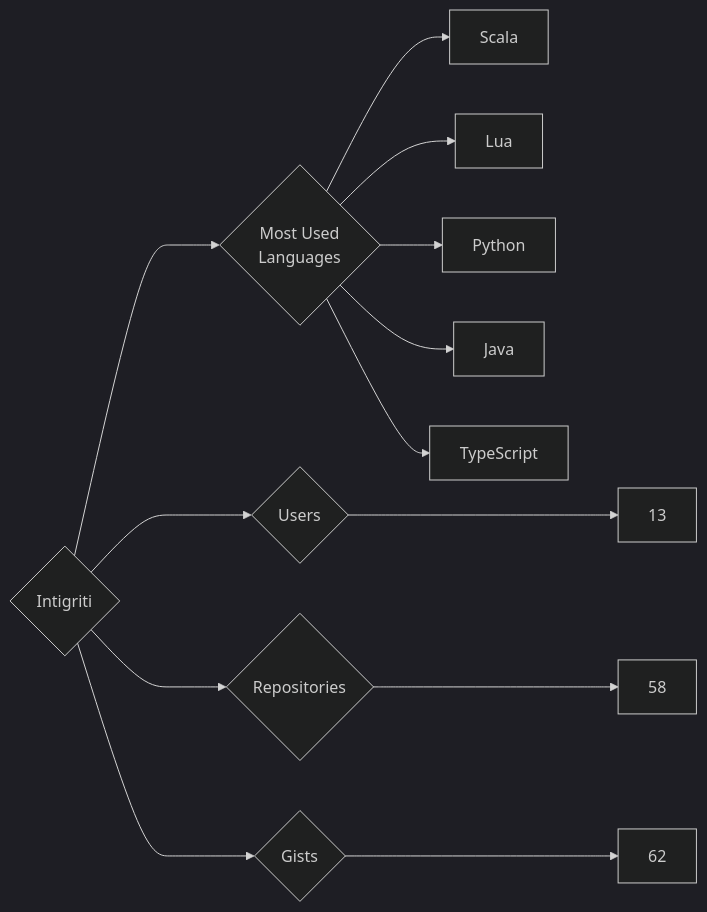
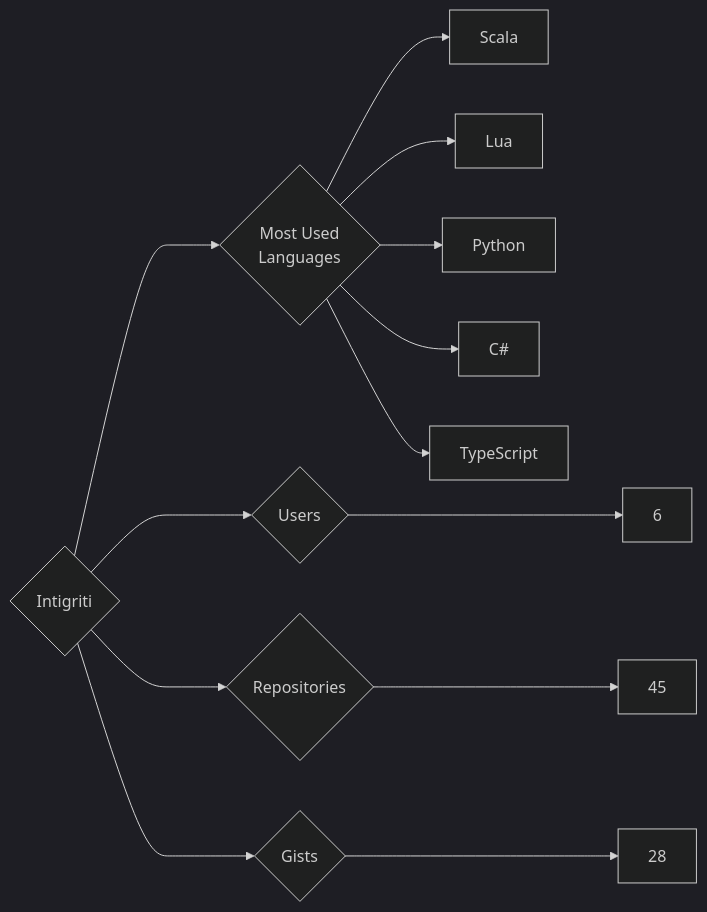
One commit to trickest/insiders changed the diagram in targets/Intigriti/README.md. Above: the diagram before and after it, drawn with Mermaid (dark theme). The commit also changed 1212 other files, not shown here.

````diff
--- a/targets/Intigriti/README.md
+++ b/targets/Intigriti/README.md
@@ -3,13 +3,13 @@
 ```mermaid
 graph LR
 COMPANY_NAME{Intigriti}
-COMPANY_NAME ---> U{Users} ---> UN[13]
-COMPANY_NAME ---> R{Repositories} ---> RN[58]
-COMPANY_NAME ---> G{Gists} ---> GN[62]
+COMPANY_NAME ---> U{Users} ---> UN[6]
+COMPANY_NAME ---> R{Repositories} ---> RN[45]
+COMPANY_NAME ---> G{Gists} ---> GN[28]
 COMPANY_NAME ---> ML{Most Used<br>Languages}
 ML --> Scala[Scala]
 ML --> Lua[Lua]
 ML --> Python[Python]
-ML --> Java[Java]
+ML --> C#[C#]
 ML --> TypeScript[TypeScript]
 ```
````
